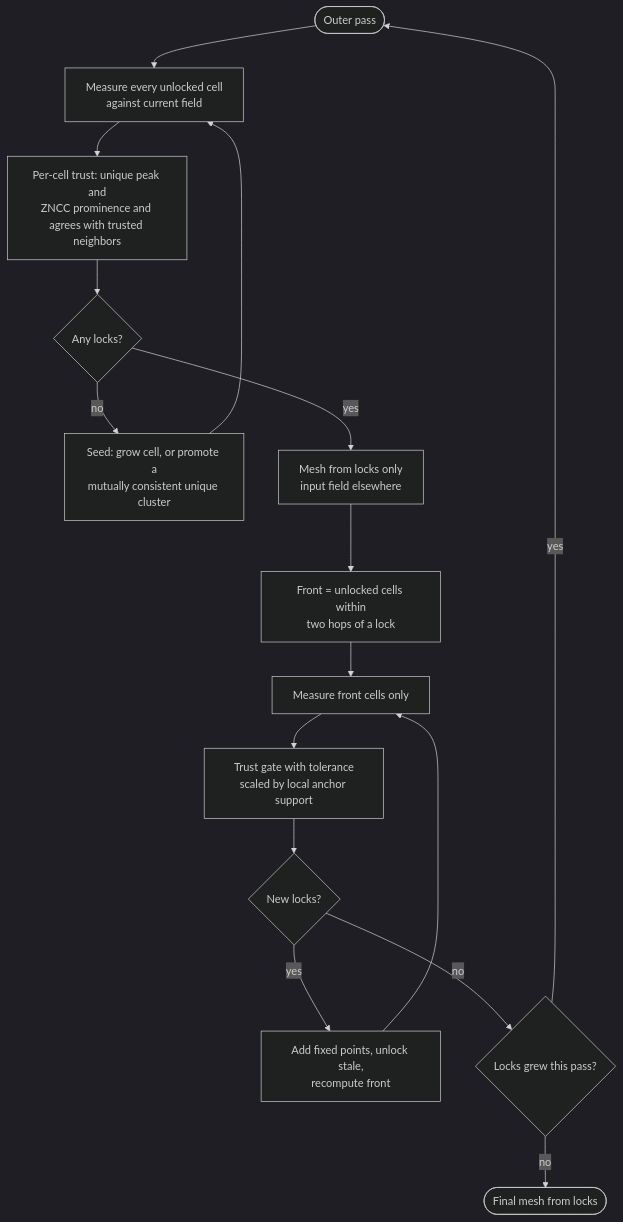
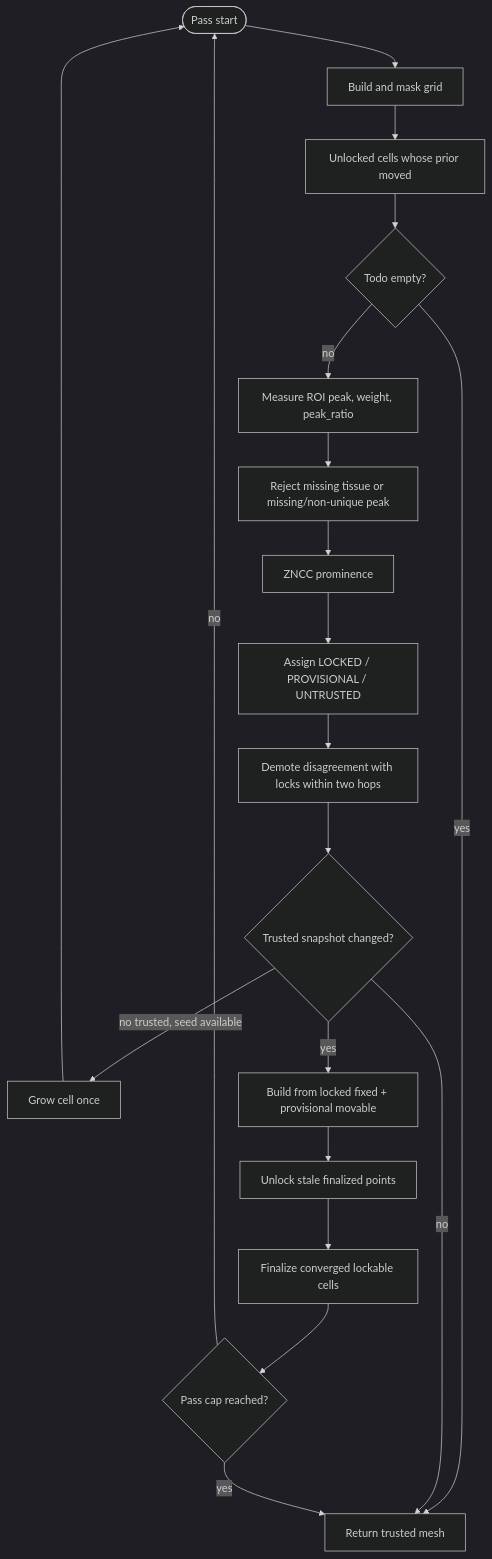
The diagram in docs/refine_grid_step_inventory.md (jamesra/nornir-imageregistration), drawn with Mermaid (dark theme) before and after one commit. The commit also changed other lines of this file and 14 other files, not shown here.

First line of the commit message:
Consolidate refine grid on trusted mesh

````diff
--- a/docs/refine_grid_step_inventory.md
+++ b/docs/refine_grid_step_inventory.md
@@ -114,18 +9,22 @@
 ```mermaid
 flowchart TD
-  start([Outer pass]) --> measureAll[Measure every unlocked cell<br/>against current field]
-  measureAll --> gate[Per-cell trust: unique peak and<br/>ZNCC prominence and agrees with trusted neighbors]
-  gate --> anyLocks{Any locks?}
-  anyLocks -->|no| seed[Seed: grow cell, or promote a<br/>mutually consistent unique cluster]
-  seed --> measureAll
-  anyLocks -->|yes| buildTrusted[Mesh from locks only<br/>input field elsewhere]
-  buildTrusted --> front[Front = unlocked cells within<br/>two hops of a lock]
-  front --> sweep[Measure front cells only]
-  sweep --> gateFront[Trust gate with tolerance<br/>scaled by local anchor support]
-  gateFront --> newLocks{New locks?}
-  newLocks -->|yes| rebuild[Add fixed points, unlock stale,<br/>recompute front]
-  rebuild --> sweep
-  newLocks -->|no| stall{Locks grew this pass?}
-  stall -->|yes| start
-  stall -->|no| done([Final mesh from locks])
+  start([Pass start]) --> grid[Build and mask grid]
+  grid --> todo[Unlocked cells whose prior moved]
+  todo --> empty{Todo empty?}
+  empty -->|yes| finish[Return trusted mesh]
+  empty -->|no| measure[Measure ROI peak, weight, peak_ratio]
+  measure --> content[Reject missing tissue or missing/non-unique peak]
+  content --> zncc[ZNCC prominence]
+  zncc --> tiers[Assign LOCKED / PROVISIONAL / UNTRUSTED]
+  tiers --> demote[Demote disagreement with locks within two hops]
+  demote --> changed{Trusted snapshot changed?}
+  changed -->|no trusted, seed available| grow[Grow cell once]
+  grow --> start
+  changed -->|no| finish
+  changed -->|yes| mesh[Build from locked fixed + provisional movable]
+  mesh --> unlock[Unlock stale finalized points]
+  unlock --> finalize[Finalize converged lockable cells]
+  finalize --> cap{Pass cap reached?}
+  cap -->|no| start
+  cap -->|yes| finish
 ```
````
